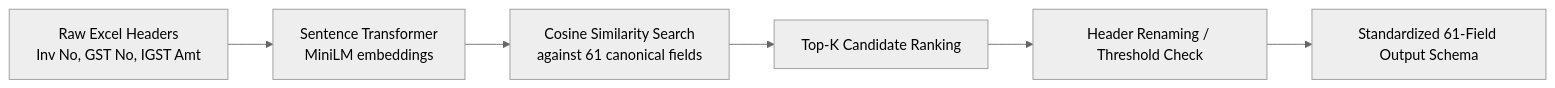
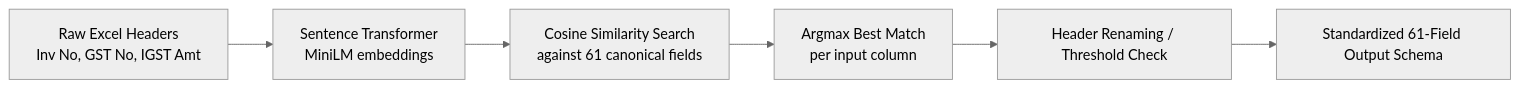
One commit to kshgrshrn/Semantic-GST-Schema-Standardization-Engine changed the diagram in README.md. Above: the diagram before and after it, drawn with Mermaid (neutral theme). The commit also changed other lines of this file and 2 other files, not shown here.

````diff
--- a/README.md
+++ b/README.md
@@ -28,8 +40,8 @@
 ```mermaid
 flowchart LR
     A["Raw Excel Headers<br/>Inv No, GST No, IGST Amt"] --> B["Sentence Transformer<br/>MiniLM embeddings"]
     B --> C["Cosine Similarity Search<br/>against 61 canonical fields"]
-    C --> D["Top-K Candidate Ranking"]
+    C --> D["Argmax Best Match<br/>per input column"]
     D --> E["Header Renaming / Threshold Check"]
     E --> F["Standardized 61-Field Output Schema"]
 ```
````
